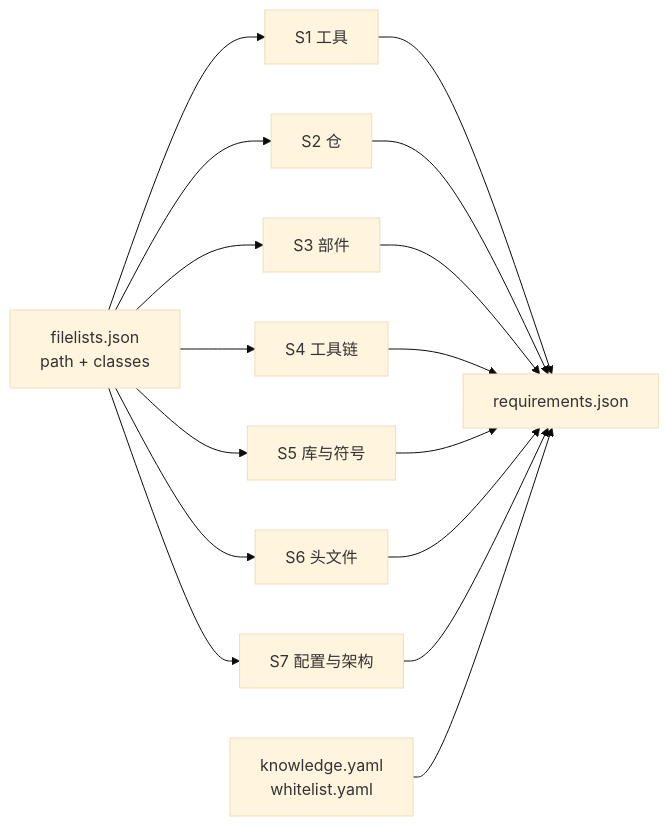
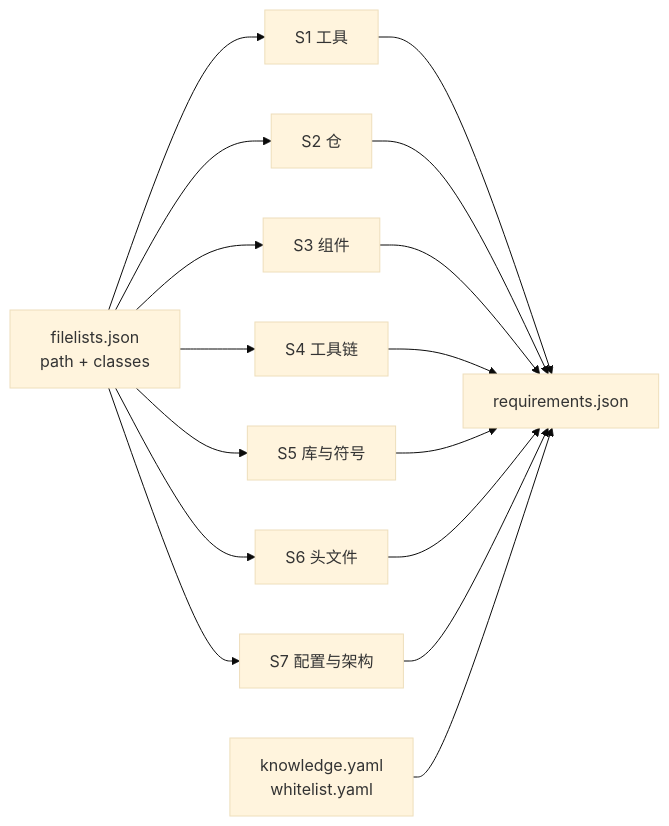
The fourth of 4 diagrams in docs/02-流水线与关.md (x-yy-x/tool_realization), drawn with Mermaid (base theme) before and after one commit. The commit also changed other lines of this file and 11 other files, not shown here.

````diff
--- a/docs/02-流水线与关.md
+++ b/docs/02-流水线与关.md
@@ -750,18 +750,18 @@
 ```mermaid
 flowchart LR
     F["filelists.json<br/>path + classes"] --> S1["S1 工具"]
     F --> S2["S2 仓"]
-    F --> S3["S3 部件"]
+    F --> S3["S3 组件"]
     F --> S4["S4 工具链"]
     F --> S5["S5 库与符号"]
     F --> S6["S6 头文件"]
     F --> S7["S7 配置与架构"]
     S1 --> R["requirements.json"]
     S2 --> R
     S3 --> R
     S4 --> R
     S5 --> R
     S6 --> R
     S7 --> R
     K["knowledge.yaml<br/>whitelist.yaml"] --> R
 ```
````
